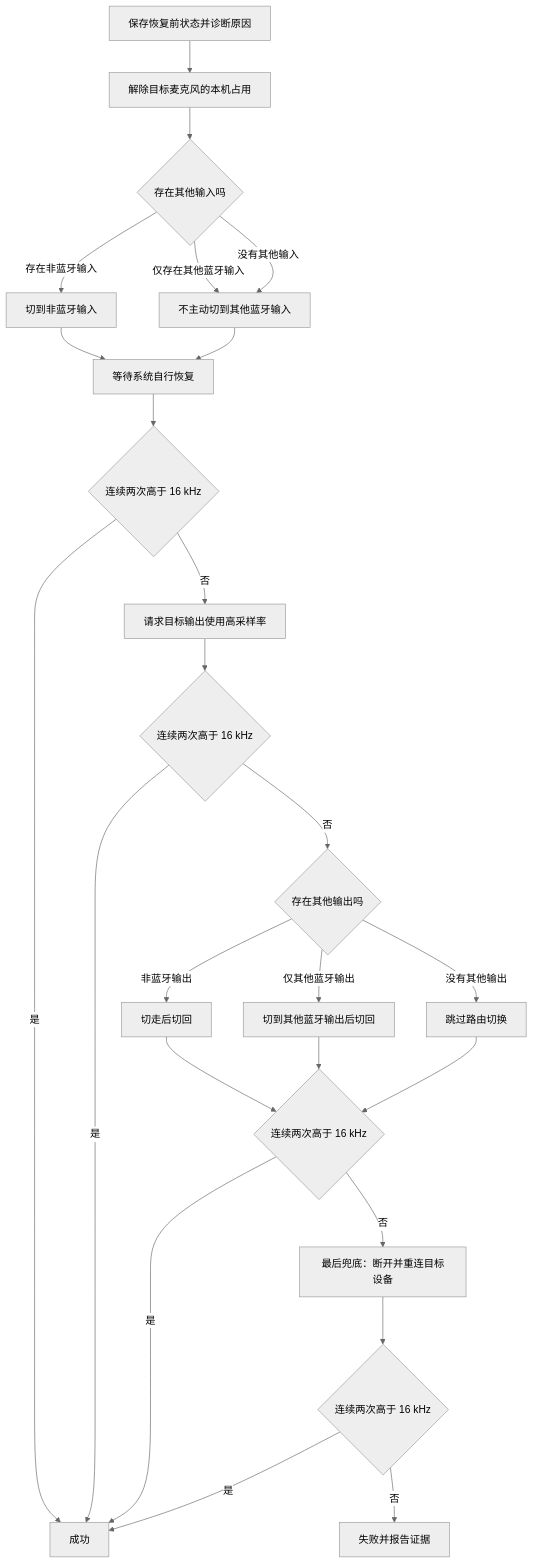
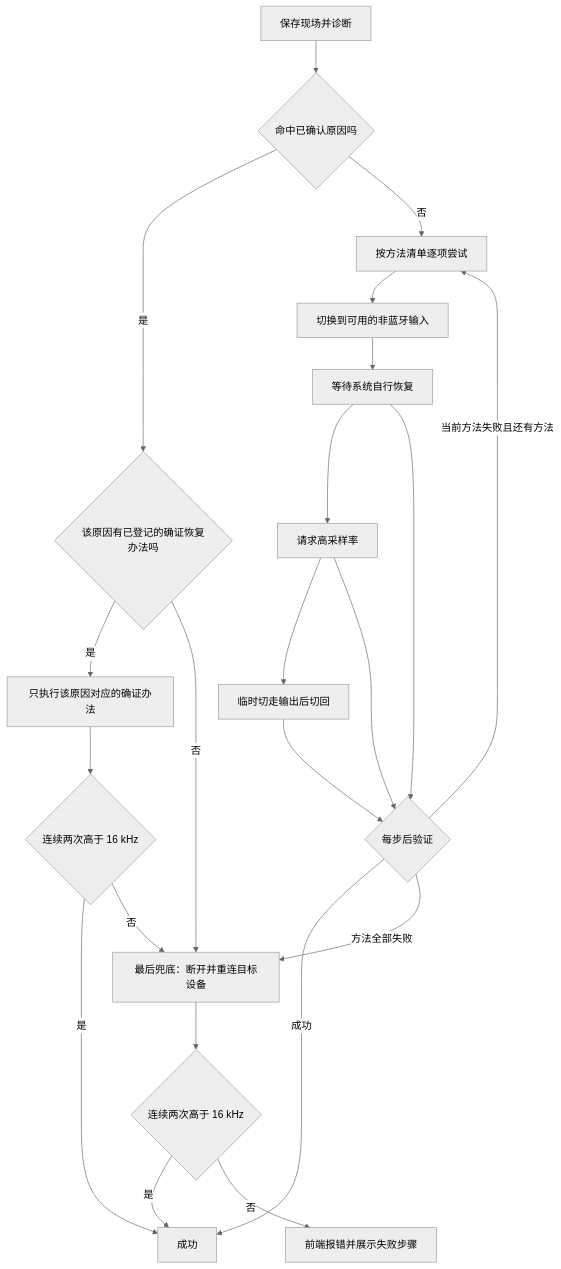
Before and after one commit to andy-JustSayWhen/fix-Bluetooth-earphone-audio-problem: the diagram in reference/SPEC/如何一键恢复A2DP模式.md, drawn with Mermaid (neutral theme). The commit also changed other lines of this file and 8 other files, not shown here.

````diff
--- a/reference/SPEC/如何一键恢复A2DP模式.md
+++ b/reference/SPEC/如何一键恢复A2DP模式.md
@@ -61,27 +61,24 @@
 ```mermaid
 flowchart TD
-    A[保存恢复前状态并诊断原因] --> B[解除目标麦克风的本机占用]
-    B --> C{存在其他输入吗}
-    C -- 存在非蓝牙输入 --> D[切到非蓝牙输入]
-    C -- 仅存在其他蓝牙输入 --> E[不主动切到其他蓝牙输入]
-    C -- 没有其他输入 --> E
-    D --> F[等待系统自行恢复]
-    E --> F
-    F --> G{连续两次高于 16 kHz}
-    G -- 是 --> Z[成功]
-    G -- 否 --> H[请求目标输出使用高采样率]
-    H --> I{连续两次高于 16 kHz}
-    I -- 是 --> Z
-    I -- 否 --> J{存在其他输出吗}
-    J -- 非蓝牙输出 --> K[切走后切回]
-    J -- 仅其他蓝牙输出 --> L[切到其他蓝牙输出后切回]
-    J -- 没有其他输出 --> M[跳过路由切换]
-    K --> N{连续两次高于 16 kHz}
-    L --> N
-    M --> N
-    N -- 是 --> Z
-    N -- 否 --> O[最后兜底：断开并重连目标设备]
-    O --> P{连续两次高于 16 kHz}
-    P -- 是 --> Z
-    P -- 否 --> X[失败并报告证据]
+    A[保存现场并诊断] --> B{命中已确认原因吗}
+    B -- 是 --> C{该原因有已登记的确证恢复办法吗}
+    C -- 是 --> D[只执行该原因对应的确证办法]
+    D --> E{连续两次高于 16 kHz}
+    E -- 是 --> Z[成功]
+    E -- 否 --> R[最后兜底：断开并重连目标设备]
+    C -- 否 --> R
+    B -- 否 --> F[按方法清单逐项尝试]
+    F --> G[切换到可用的非蓝牙输入]
+    G --> H[等待系统自行恢复]
+    H --> I[请求高采样率]
+    I --> J[临时切走输出后切回]
+    H --> Q{每步后验证}
+    I --> Q
+    J --> Q
+    Q -- 成功 --> Z
+    Q -- 当前方法失败且还有方法 --> F
+    Q -- 方法全部失败 --> R
+    R --> S{连续两次高于 16 kHz}
+    S -- 是 --> Z
+    S -- 否 --> X[前端报错并展示失败步骤]
 ```
````
